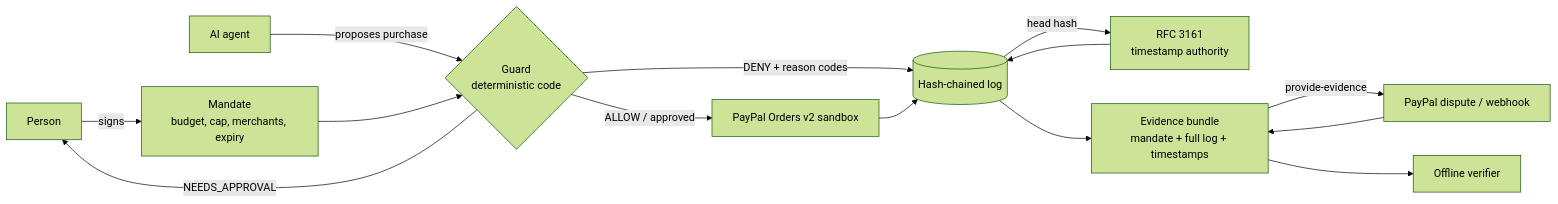
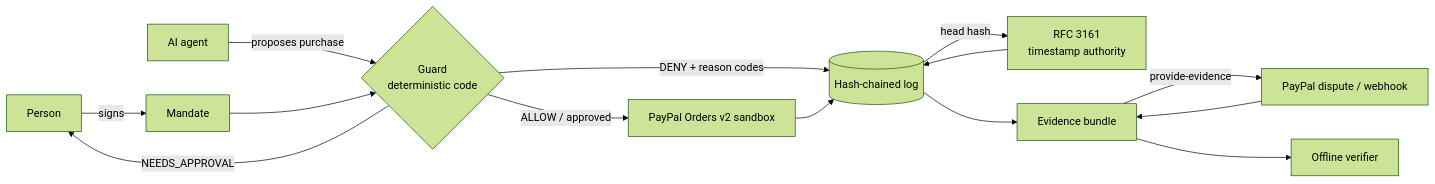
The diagram in README.md (VenkateshPanda0/agent-flight-recorder), drawn with Mermaid (forest theme) before and after one commit. The commit also changed other lines of this file and 11 other files, not shown here.

````diff
--- a/README.md
+++ b/README.md
@@ -32,16 +22,16 @@
 ```mermaid
 flowchart LR
-    P[Person] -- signs --> M[Mandate<br/>budget, cap, merchants, expiry]
+    P[Person] -- signs --> M[Mandate]
     A[AI agent] -- proposes purchase --> G{Guard<br/>deterministic code}
     M --> G
     G -- DENY + reason codes --> L[(Hash-chained log)]
     G -- ALLOW / approved --> O[PayPal Orders v2 sandbox]
     G -- NEEDS_APPROVAL --> P
     O --> L
     L -- head hash --> T[RFC 3161<br/>timestamp authority]
     T --> L
-    D[PayPal dispute / webhook] --> E[Evidence bundle<br/>mandate + full log + timestamps]
+    D[PayPal dispute / webhook] --> E[Evidence bundle]
     L --> E
     E -- provide-evidence --> D
     E --> V[Offline verifier]
 ```
````
